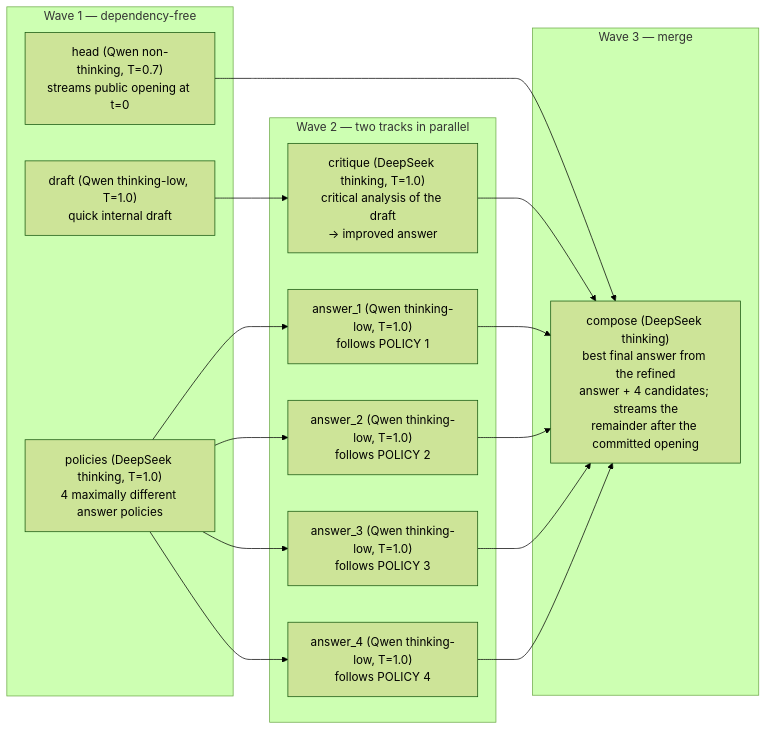
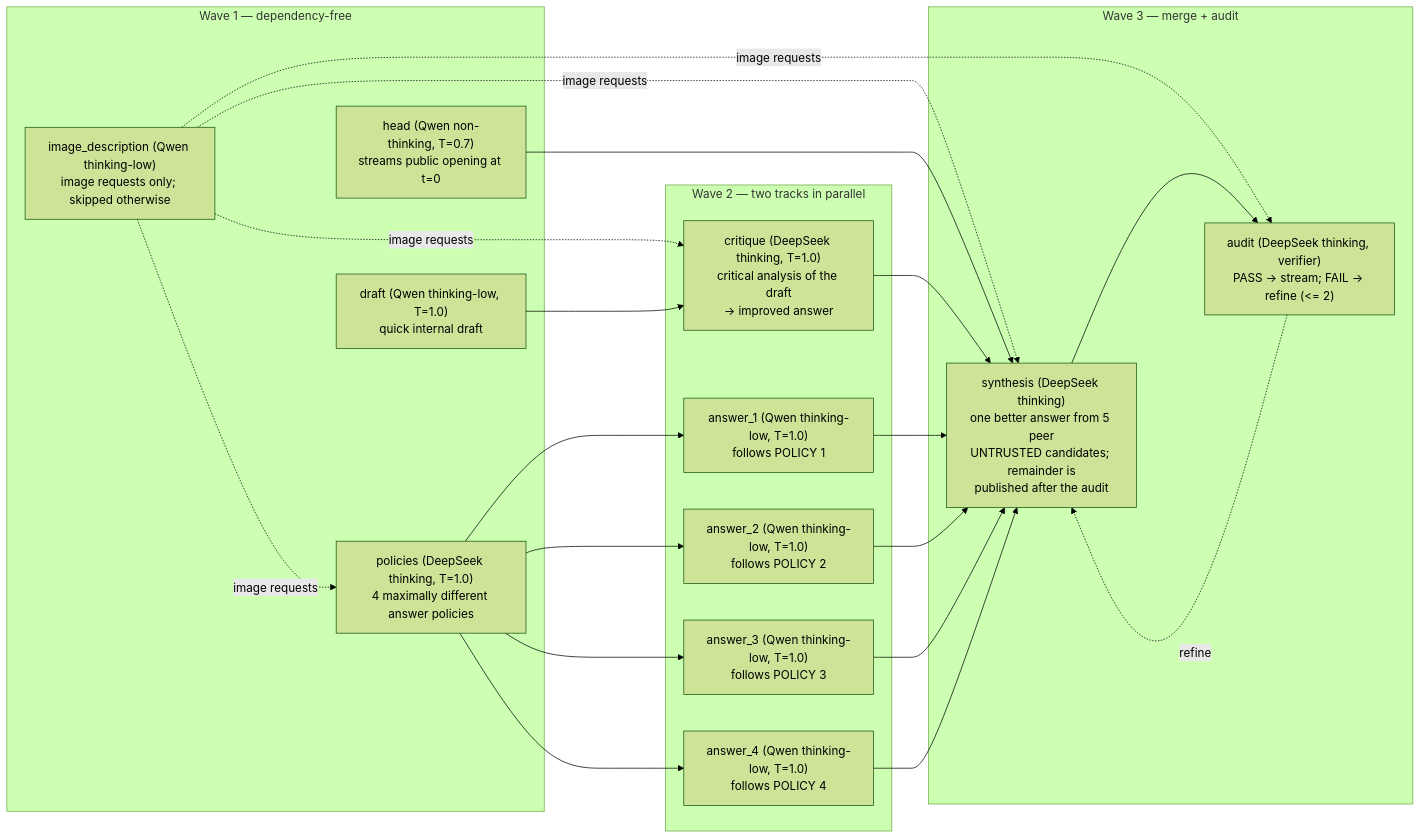
Before and after one commit to ytworks/kairyu: the diagram in examples/qwen3.8-deepseek-v4-8gpu/README.md, drawn with Mermaid (forest theme). The commit also changed other lines of this file and 8 other files, not shown here.

````diff
--- a/examples/qwen3.8-deepseek-v4-8gpu/README.md
+++ b/examples/qwen3.8-deepseek-v4-8gpu/README.md
@@ -36,29 +41,37 @@
 ```mermaid
 flowchart LR
     subgraph W1["Wave 1 — dependency-free"]
         H["head (Qwen non-thinking, T=0.7)<br/>streams public opening at t=0"]
         DR["draft (Qwen thinking-low, T=1.0)<br/>quick internal draft"]
+        ID["image_description (Qwen thinking-low)<br/>image requests only; skipped otherwise"]
         PO["policies (DeepSeek thinking, T=1.0)<br/>4 maximally different answer policies"]
     end
     subgraph W2["Wave 2 — two tracks in parallel"]
         A1["answer_1 (Qwen thinking-low, T=1.0)<br/>follows POLICY 1"]
         A2["answer_2 (Qwen thinking-low, T=1.0)<br/>follows POLICY 2"]
         A3["answer_3 (Qwen thinking-low, T=1.0)<br/>follows POLICY 3"]
         A4["answer_4 (Qwen thinking-low, T=1.0)<br/>follows POLICY 4"]
         CR["critique (DeepSeek thinking, T=1.0)<br/>critical analysis of the draft<br/>-> improved answer"]
     end
-    subgraph W3["Wave 3 — merge"]
-        CO["compose (DeepSeek thinking)<br/>best final answer from the refined<br/>answer + 4 candidates; streams the<br/>remainder after the committed opening"]
+    subgraph W3["Wave 3 — merge + audit"]
+        CO["synthesis (DeepSeek thinking)<br/>one better answer from 5 peer<br/>UNTRUSTED candidates; remainder is<br/>published after the audit"]
+        AU["audit (DeepSeek thinking, verifier)<br/>PASS -> stream; FAIL -> refine (<= 2)"]
     end
+    ID -.image requests.-> PO
+    ID -.image requests.-> CR
+    ID -.image requests.-> CO
+    ID -.image requests.-> AU
     PO --> A1
     PO --> A2
     PO --> A3
     PO --> A4
     DR --> CR
     H --> CO
     CR --> CO
     A1 --> CO
     A2 --> CO
     A3 --> CO
     A4 --> CO
+    CO --> AU
+    AU -.refine.-> CO
 ```
````
